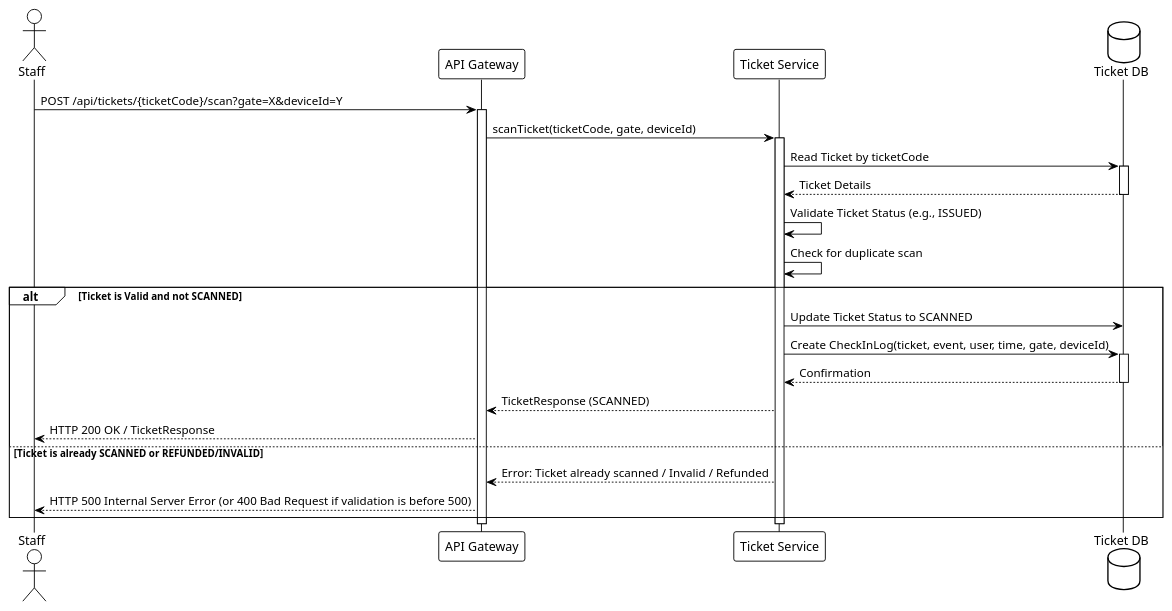
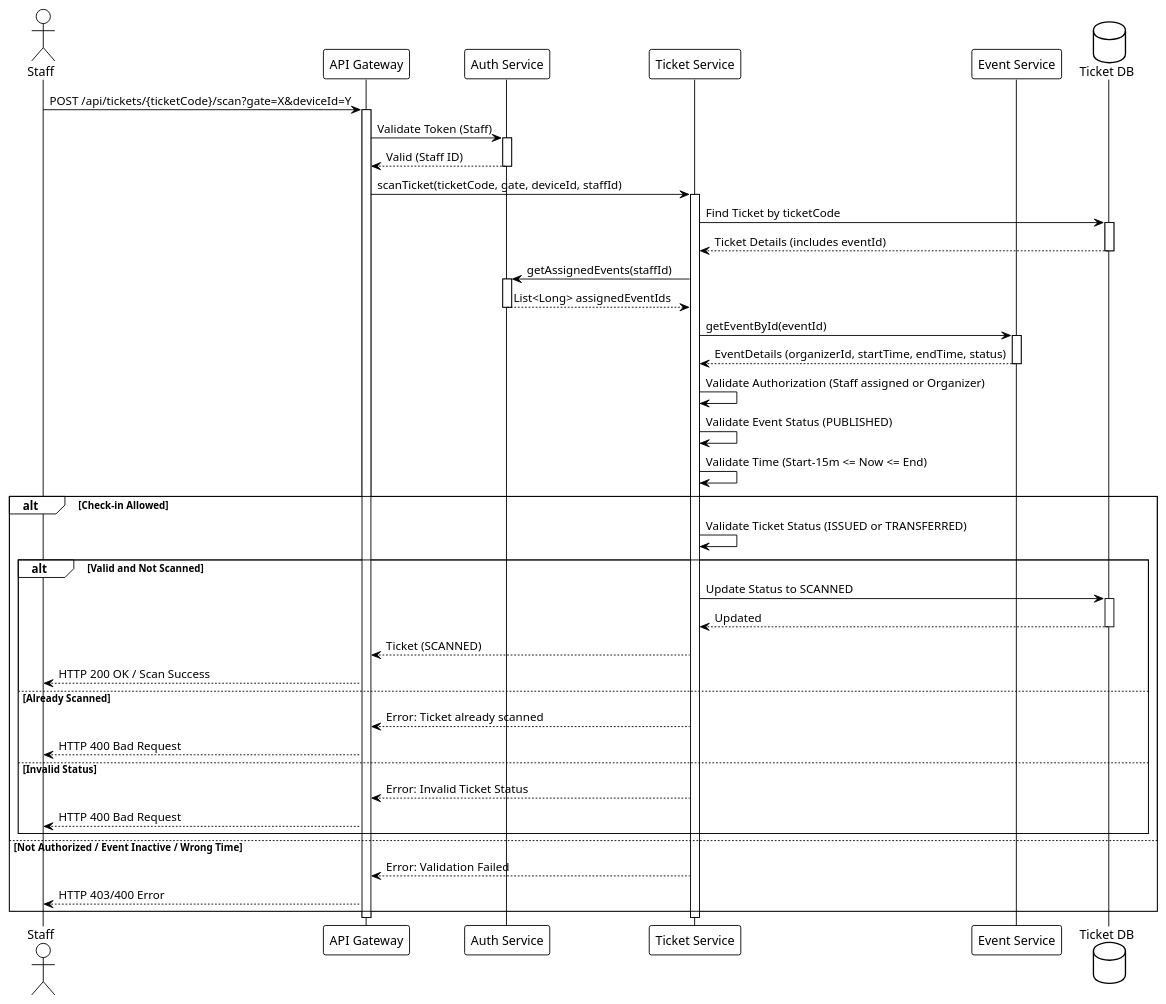
One commit to siro332/ticket-store-backend changed the diagram in diagrams/sequence_checkin.puml. Above: the diagram before and after it, drawn with PlantUML. The commit also changed 3 other files, not shown here.

Commit message:
update diagrams

```diff
--- a/diagrams/sequence_checkin.puml
+++ b/diagrams/sequence_checkin.puml
@@ -1,32 +1,67 @@
 @startuml
 !theme plain
 actor Staff
 participant "API Gateway" as Gateway
+participant "Auth Service" as Auth
 participant "Ticket Service" as TicketService
+participant "Event Service" as EventService
 database "Ticket DB" as TicketDB
 
 Staff -> Gateway : POST /api/tickets/{ticketCode}/scan?gate=X&deviceId=Y
 activate Gateway
-Gateway -> TicketService : scanTicket(ticketCode, gate, deviceId)
+Gateway -> Auth : Validate Token (Staff)
+activate Auth
+Auth --> Gateway : Valid (Staff ID)
+deactivate Auth
+
+Gateway -> TicketService : scanTicket(ticketCode, gate, deviceId, staffId)
 activate TicketService
-TicketService -> TicketDB : Read Ticket by ticketCode
+
+TicketService -> TicketDB : Find Ticket by ticketCode
 activate TicketDB
-TicketDB --> TicketService : Ticket Details
+TicketDB --> TicketService : Ticket Details (includes eventId)
 deactivate TicketDB
-TicketService -> TicketService : Validate Ticket Status (e.g., ISSUED)
-TicketService -> TicketService : Check for duplicate scan
-alt Ticket is Valid and not SCANNED
-    TicketService -> TicketDB : Update Ticket Status to SCANNED
-    TicketService -> TicketDB : Create CheckInLog(ticket, event, user, time, gate, deviceId)
-    activate TicketDB
-    TicketDB --> TicketService : Confirmation
-    deactivate TicketDB
-    TicketService --> Gateway : TicketResponse (SCANNED)
-    Gateway --> Staff : HTTP 200 OK / TicketResponse
-else Ticket is already SCANNED or REFUNDED/INVALID
-    TicketService --> Gateway : Error: Ticket already scanned / Invalid / Refunded
-    Gateway --> Staff : HTTP 500 Internal Server Error (or 400 Bad Request if validation is before 500)
+
+' Authorization Check
+TicketService -> Auth : getAssignedEvents(staffId)
+activate Auth
+Auth --> TicketService : List<Long> assignedEventIds
+deactivate Auth
+
+TicketService -> EventService : getEventById(eventId)
+activate EventService
+EventService --> TicketService : EventDetails (organizerId, startTime, endTime, status)
+deactivate EventService
+
+TicketService -> TicketService : Validate Authorization (Staff assigned or Organizer)
+TicketService -> TicketService : Validate Event Status (PUBLISHED)
+TicketService -> TicketService : Validate Time (Start-15m <= Now <= End)
+
+alt Check-in Allowed
+    TicketService -> TicketService : Validate Ticket Status (ISSUED or TRANSFERRED)
+    alt Valid and Not Scanned
+        TicketService -> TicketDB : Update Status to SCANNED
+        activate TicketDB
+        TicketDB --> TicketService : Updated
+        deactivate TicketDB
+        
+        ' Note: Log creation commented out in code, but typically would happen here
+        ' TicketService -> TicketDB : Save CheckInLog
+        
+        TicketService --> Gateway : Ticket (SCANNED)
+        Gateway --> Staff : HTTP 200 OK / Scan Success
+    else Already Scanned
+        TicketService --> Gateway : Error: Ticket already scanned
+        Gateway --> Staff : HTTP 400 Bad Request
+    else Invalid Status
+        TicketService --> Gateway : Error: Invalid Ticket Status
+        Gateway --> Staff : HTTP 400 Bad Request
+    end
+else Not Authorized / Event Inactive / Wrong Time
+    TicketService --> Gateway : Error: Validation Failed
+    Gateway --> Staff : HTTP 403/400 Error
 end
+
 deactivate TicketService
 deactivate Gateway
 @enduml
```
